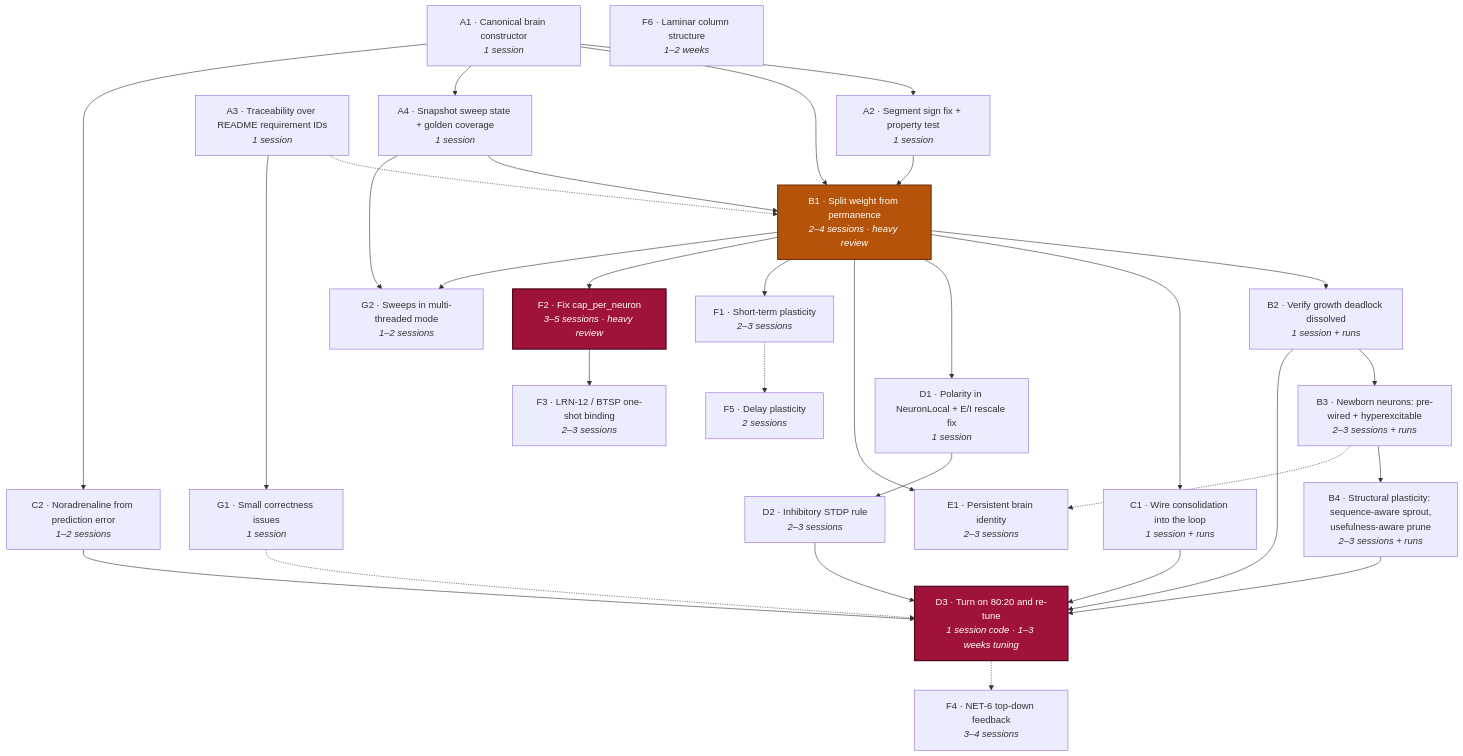
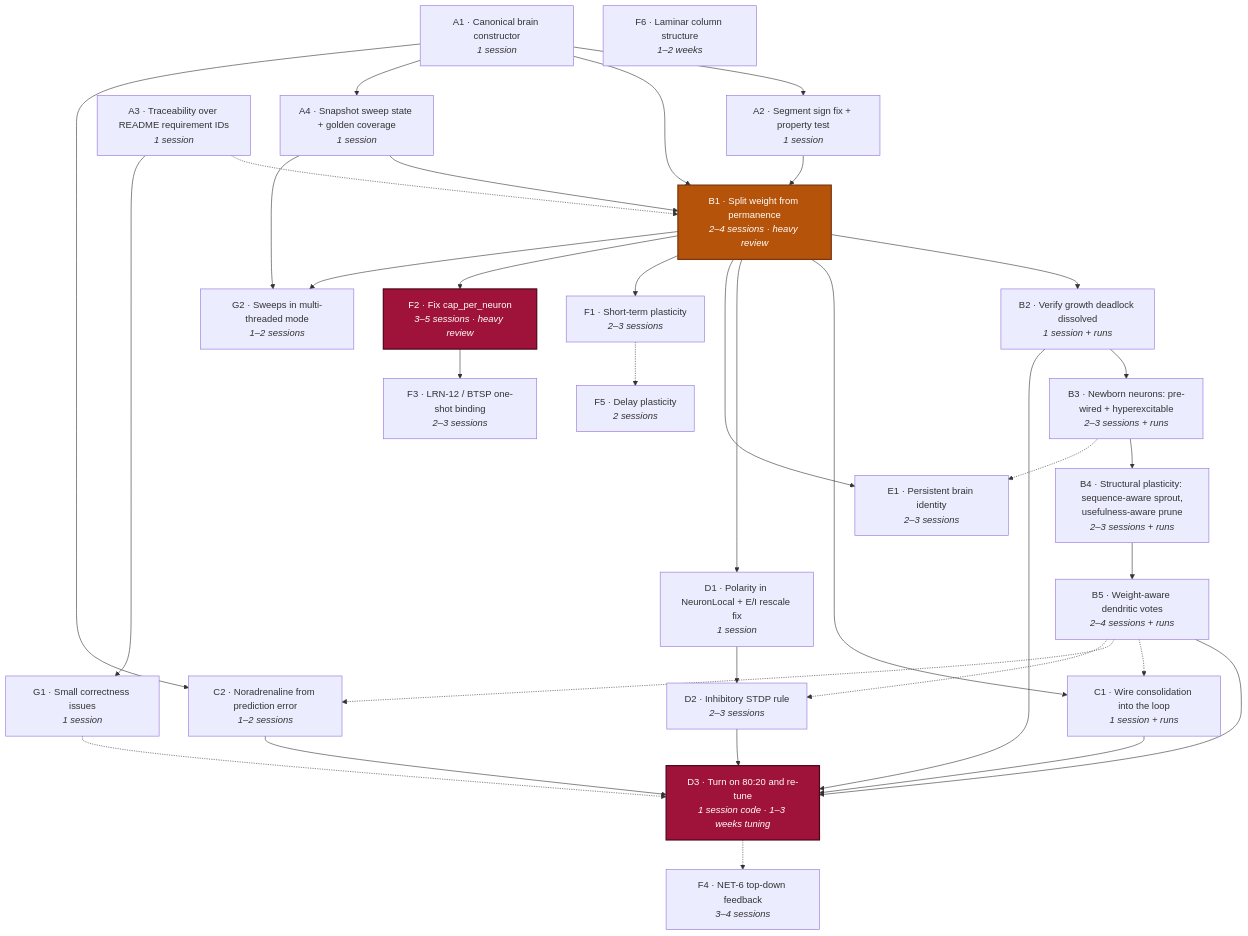
Before and after one commit to Bituhh/brain: the diagram in PLAN.md, drawn with Mermaid. The commit also changed other lines of this file and 51 other files, not shown here.

````diff
--- a/PLAN.md
+++ b/PLAN.md
@@ -47,66 +47,71 @@
 ```mermaid
 graph TD
     A1["A1 · Canonical brain constructor<br/><i>1 session</i>"]
     A2["A2 · Segment sign fix + property test<br/><i>1 session</i>"]
     A3["A3 · Traceability over README requirement IDs<br/><i>1 session</i>"]
     A4["A4 · Snapshot sweep state + golden coverage<br/><i>1 session</i>"]
 
     B1["B1 · Split weight from permanence<br/><i>2–4 sessions · heavy review</i>"]
     B2["B2 · Verify growth deadlock dissolved<br/><i>1 session + runs</i>"]
     B3["B3 · Newborn neurons: pre-wired + hyperexcitable<br/><i>2–3 sessions + runs</i>"]
     B4["B4 · Structural plasticity: sequence-aware sprout,<br/>usefulness-aware prune<br/><i>2–3 sessions + runs</i>"]
+    B5["B5 · Weight-aware dendritic votes<br/><i>2–4 sessions + runs</i>"]
 
     C1["C1 · Wire consolidation into the loop<br/><i>1 session + runs</i>"]
     C2["C2 · Noradrenaline from prediction error<br/><i>1–2 sessions</i>"]
 
     D1["D1 · Polarity in NeuronLocal + E/I rescale fix<br/><i>1 session</i>"]
     D2["D2 · Inhibitory STDP rule<br/><i>2–3 sessions</i>"]
     D3["D3 · Turn on 80:20 and re-tune<br/><i>1 session code · 1–3 weeks tuning</i>"]
 
     E1["E1 · Persistent brain identity<br/><i>2–3 sessions</i>"]
 
     F1["F1 · Short-term plasticity<br/><i>2–3 sessions</i>"]
     F2["F2 · Fix cap_per_neuron<br/><i>3–5 sessions · heavy review</i>"]
     F3["F3 · LRN-12 / BTSP one-shot binding<br/><i>2–3 sessions</i>"]
     F4["F4 · NET-6 top-down feedback<br/><i>3–4 sessions</i>"]
     F5["F5 · Delay plasticity<br/><i>2 sessions</i>"]
     F6["F6 · Laminar column structure<br/><i>1–2 weeks</i>"]
 
     G1["G1 · Small correctness issues<br/><i>1 session</i>"]
     G2["G2 · Sweeps in multi-threaded mode<br/><i>1–2 sessions</i>"]
 
     A1 --> A2
     A1 --> B1
     A2 --> B1
     A3 -.-> B1
     A1 --> A4
     A4 --> B1
     B1 --> B2
     B2 --> B3
     B3 --> B4
-    B4 --> D3
+    B4 --> B5
+    B5 --> D3
+    B5 -.-> C1
+    B5 -.-> C2
+    B5 -.-> D2
     B3 -.-> E1
     B1 --> C1
     B1 --> D1
     B1 --> E1
     B1 --> F1
     B2 --> D3
     C1 --> D3
     C2 --> D3
     A1 --> C2
     D1 --> D2
     D2 --> D3
     F2 --> F3
     B1 --> F2
     D3 -.-> F4
     F1 -.-> F5
     A3 --> G1
     G1 -.-> D3
     A4 --> G2
     B1 --> G2
 
     classDef gate fill:#b45309,stroke:#78350f,color:#fff,stroke-width:2px
     classDef risk fill:#9f1239,stroke:#4c0519,color:#fff,stroke-width:2px
     class B1 gate
     class D3,F2 risk
 ```
````
